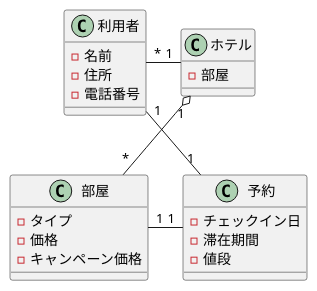
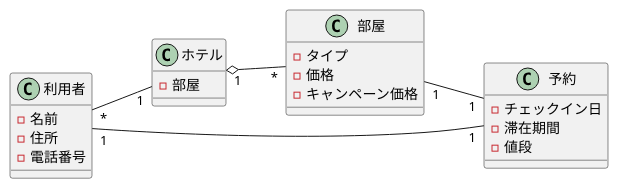
One commit to Raiki215/uml-introduction changed the diagram in 演習3-3_CL_ホテルと利用者と部屋と予約.pu. Above: the diagram before and after it, drawn with PlantUML.

Commit message:
やり直し

```diff
--- a/演習3-3_CL_ホテルと利用者と部屋と予約.pu
+++ b/演習3-3_CL_ホテルと利用者と部屋と予約.pu
@@ -1,26 +1,27 @@
 @startuml 演習３－３
+left to right direction
 class 利用者{
     -名前
     -住所
     -電話番号
 }
 class ホテル{
     -部屋
 }
 class 部屋{
     -タイプ
     -価格
     -キャンペーン価格
 }
 class 予約{
     -チェックイン日
     -滞在期間
     -値段
 }
-利用者 "*" -ri- "1" ホテル
-部屋 "1"  -ri- "1" 予約
+利用者 "*" -- "1" ホテル
+部屋 "1"  -down- "1" 予約
 ホテル "1" o-- "*" 部屋
 利用者 "1" -- "1" 予約
 
 
 @enduml
```
